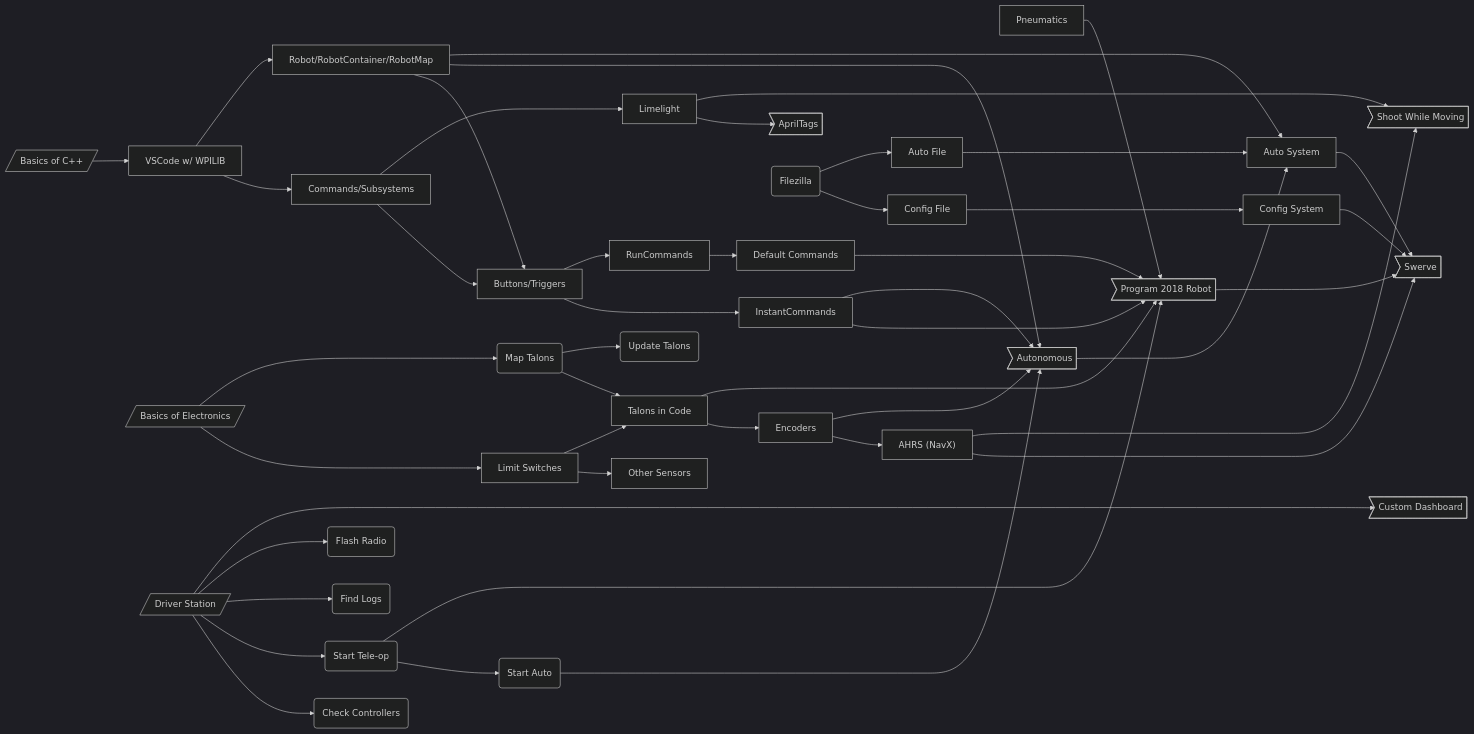
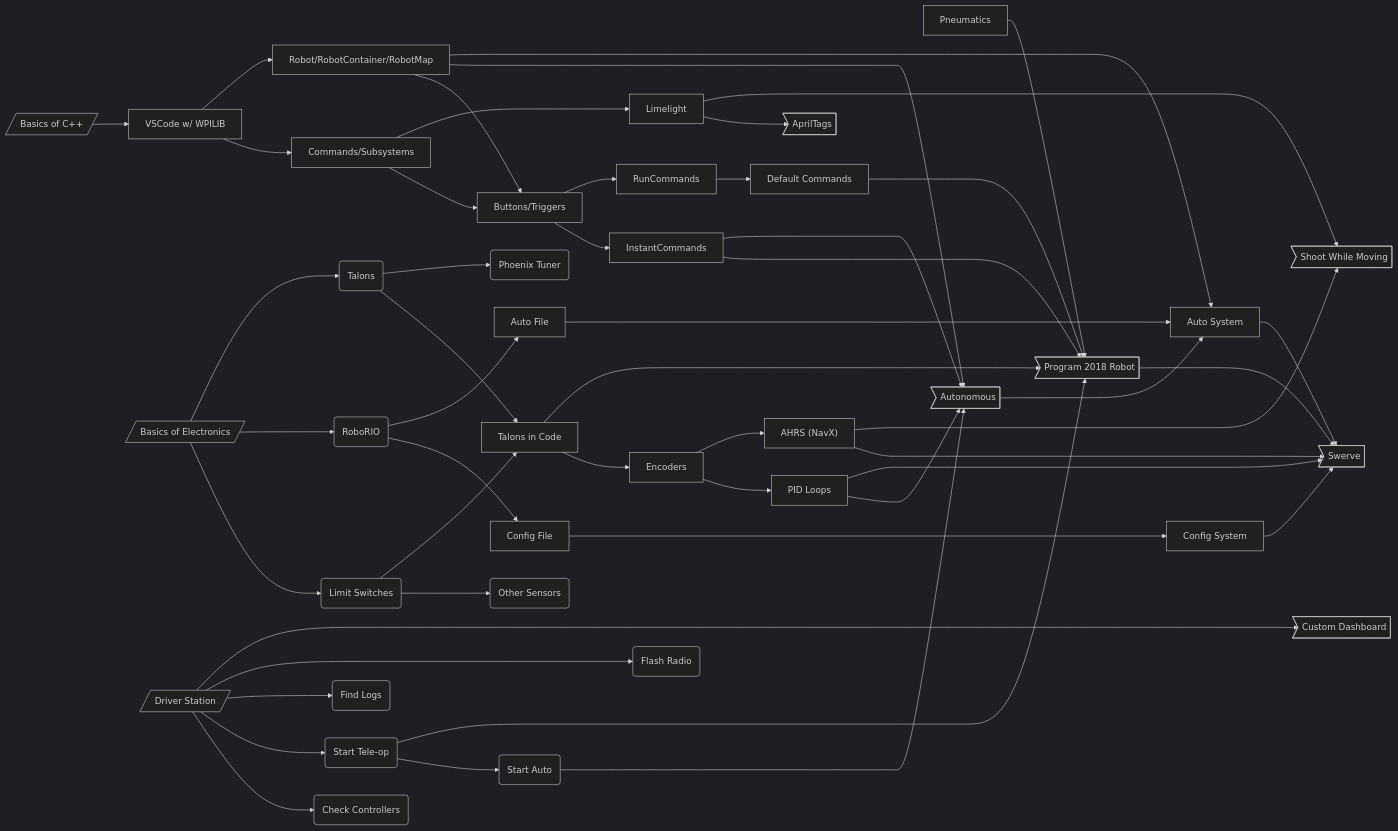
One commit to WCR-FRC-2016/2023trainingrep changed the first of 2 diagrams in README.md. Above: the diagram before and after it, drawn with Mermaid (dark theme). The commit also changed other lines of this file, not shown here.

Commit message:
Improve Flowchart
More concise description and legend.
Change Map Talons -> Update Talons to be Talons -> Phoenix Tuner (more accurate).
Move Flash Radio two steps further back (it's more complicated than starting autonomous, etc.)
Remove Filezilla as base item, files link to RoboRIO instead.
Add PID loops after encoders.
Adjust various spacings to look better and be more accurate.

````diff
--- a/README.md
+++ b/README.md
@@ -5,48 +5,49 @@
 ```mermaid
 flowchart LR;
 
 A[/Basics of C++/]
 B[VSCode w/ WPILIB]; A --> B
 C[Commands/Subsystems]; B --> C
 D[Robot/RobotContainer/RobotMap]; B --> D
 E[Buttons/Triggers]; C --> E; D --> E
 G[InstantCommands]; E --> G
 H[RunCommands]; E --> H
 F[Default Commands]; H --> F
 
 I[/Basics of Electronics/]
-L[Limit Switches]; I ---> L
-O[Other Sensors]; L --> O
+L(Limit Switches); I --> L
+O(Other Sensors); L --> O
 P[Encoders]; Q --> P
+j[PID Loops]; P --> j
 R["AHRS (NavX)"]; P --> R
+k(RoboRIO); I --> k
 
-J(Map Talons); I ---> J
+J(Talons); I --> J
 Q[Talons in Code]; J --> Q; L --> Q
-K(Update Talons); J --> K
+K(Phoenix Tuner); J --> K
 
 i[/Driver Station/]
 M(Check Controllers); i --> M
 N(Start Tele-op); i --> N
 Y(Start Auto); N --> Y
 Z(Find Logs); i --> Z
-W(Flash Radio); i --> W
+W(Flash Radio); i ----> W
 
 a[Limelight]; C ---> a
 g>AprilTags]; a --> g
 
-S(Filezilla)
-T[Config File]; S --> T
-U[Auto File]; S --> U
+T[Config File]; k --> T
+U[Auto File]; k --> U
 
 e[Pneumatics]
-V>Program 2018 Robot]; e --> V; G ----> V; F ----> V; Q ----> V; N ------> V
+V>Program 2018 Robot]; e --> V; G -----> V; F ----> V; Q ------> V; N ------> V
 
-X>Autonomous]; D ---> X; G ---> X; P ---> X; Y -----> X
+X>Autonomous]; D ---> X; G ----> X; j ---> X; Y -----> X
 
-b[Config System]; T ----> b
-c[Auto System]; U ----> c; D --------> c; X --> c
-d>Swerve]; b --> d; c --> d; R -----> d; V ---> d
+b[Config System]; T -------> b
+c[Auto System]; U -------> c; D --------> c; X --> c
+d>Swerve]; b --> d; c --> d; j ------> d; R ------> d; V ---> d
 
-f>Shoot While Moving]; R -----> f; a -------> f
+f>Shoot While Moving]; R ------> f; a -------> f
 h>Custom Dashboard]; i ----------> h
 ```
````
